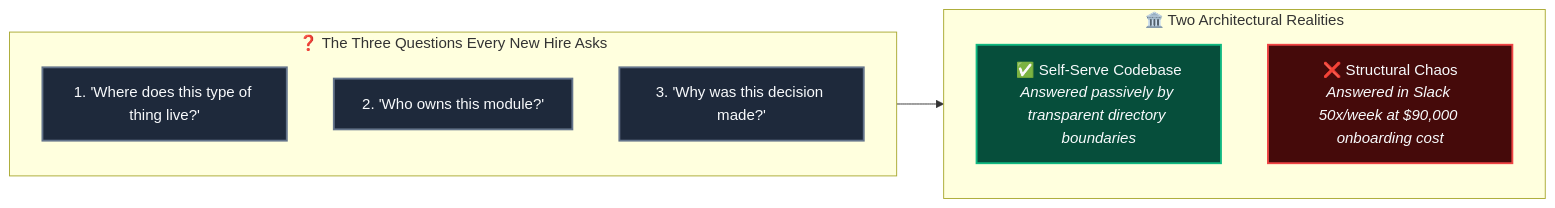
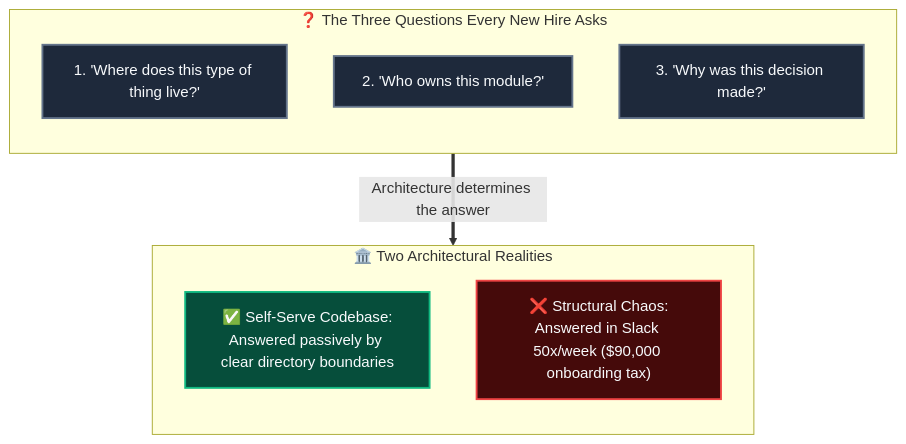
The first of 9 diagrams in 01-filestructure/articles/01-your-folder-structure-is-a-message.md (Dustu103/system-design), drawn with Mermaid before and after one commit. The commit also changed other lines of this file and 2 other files, not shown here.

Commit message:
style: optimize Mermaid diagrams with vertical hierarchy and large legible fonts

````diff
--- a/01-filestructure/articles/01-your-folder-structure-is-a-message.md
+++ b/01-filestructure/articles/01-your-folder-structure-is-a-message.md
@@ -21,23 +21,24 @@
 ```mermaid
-flowchart LR
+flowchart TD
     subgraph QUESTIONS["❓ The Three Questions Every New Hire Asks"]
         direction TB
         Q1["1. 'Where does this type of thing live?'"]
         Q2["2. 'Who owns this module?'"]
         Q3["3. 'Why was this decision made?'"]
     end
 
     subgraph OUTCOME["🏛️ Two Architectural Realities"]
         direction TB
-        A1["✅ Self-Serve Codebase<br/><i>Answered passively by transparent directory boundaries</i>"]
-        A2["❌ Structural Chaos<br/><i>Answered in Slack 50x/week at $90,000 onboarding cost</i>"]
+        A1["✅ Self-Serve Codebase:<br/>Answered passively by clear directory boundaries"]
+        A2["❌ Structural Chaos:<br/>Answered in Slack 50x/week ($90,000 onboarding tax)"]
     end
 
-    QUESTIONS --> OUTCOME
+    QUESTIONS ==>|"Architecture determines the answer"| OUTCOME
+
     classDef qClass fill:#1e293b,stroke:#64748b,stroke-width:2px,color:#f8fafc;
     classDef goodClass fill:#064e3b,stroke:#10b981,stroke-width:2px,color:#f8fafc;
     classDef badClass fill:#450a0a,stroke:#ef4444,stroke-width:2px,color:#f8fafc;
     class Q1,Q2,Q3 qClass;
     class A1 goodClass;
     class A2 badClass;
 ```
````
